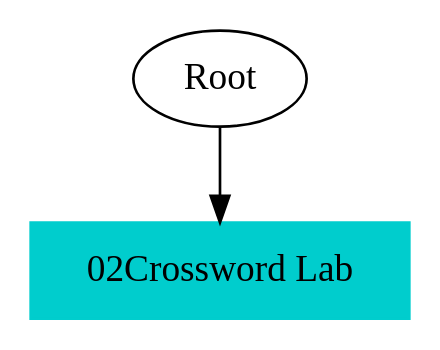
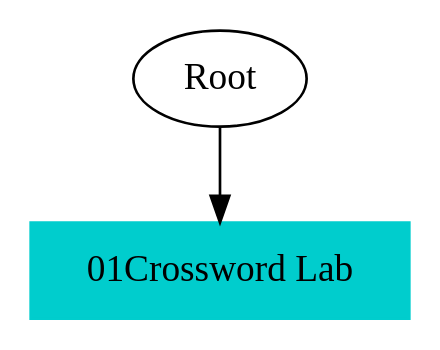
Before and after one commit to mypstom/robotide: the diagram in robotide/KTVgraph/TS2TS.gv, drawn with Graphviz. The commit also changed 23 other files, not shown here.

```diff
--- a/robotide/KTVgraph/TS2TS.gv
+++ b/robotide/KTVgraph/TS2TS.gv
@@ -1,6 +1,6 @@
 // TS <-> TS
 digraph {
 	Root
-	"02Crossword Lab" [color=cyan3 shape=box style=filled]
-		Root -> "02Crossword Lab"
+	"01Crossword Lab" [color=cyan3 shape=box style=filled]
+		Root -> "01Crossword Lab"
 }
```
